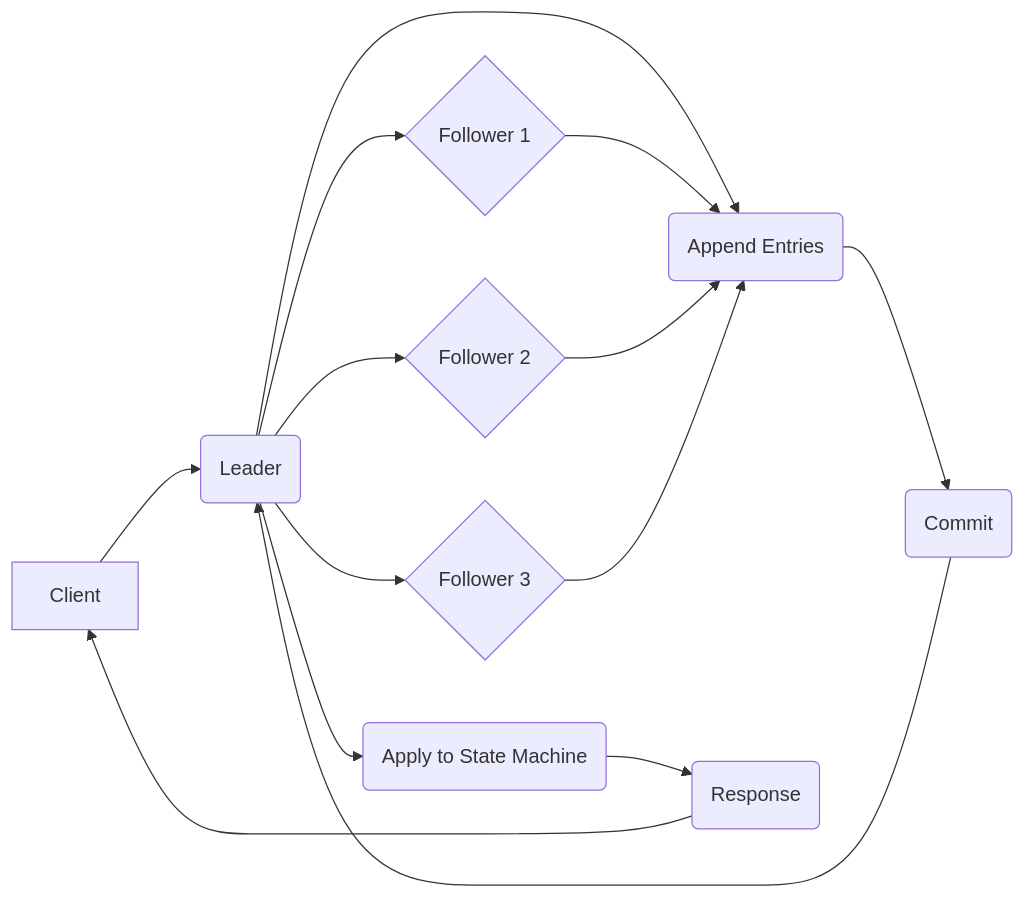
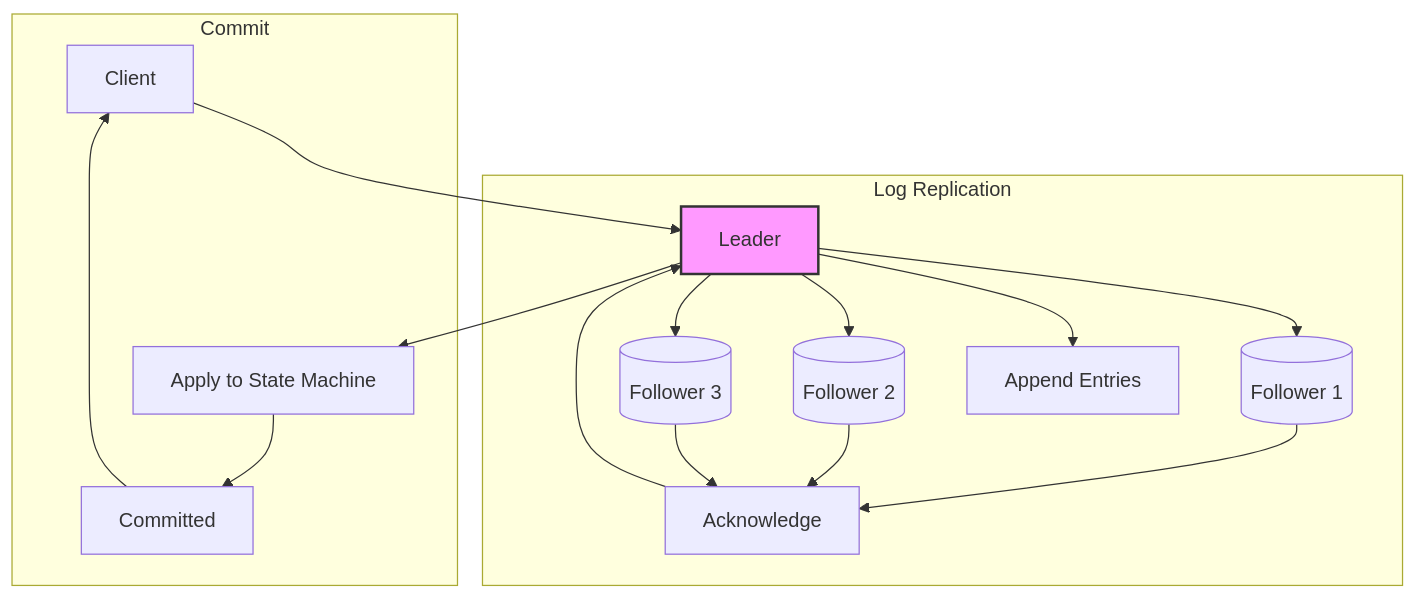
Before and after one commit to muthuspark/system-design: the second of 3 diagrams in posts/distributed-systems/distributed-consensus/index.qmd, drawn with Mermaid. The commit also changed other lines of this file and 302 other files, not shown here.

````diff
--- a/posts/distributed-systems/distributed-consensus/index.qmd
+++ b/posts/distributed-systems/distributed-consensus/index.qmd
@@ -60,16 +71,23 @@
 ```{mermaid}
-graph LR
-    A[Client] --> B(Leader);
-    B --> C{Follower 1};
-    B --> D{Follower 2};
-    B --> E{Follower 3};
-    B --> F(Append Entries);
-    C --> F;
-    D --> F;
-    E --> F;
-    F --> G(Commit);
-    G --> B;
-    B --> H(Apply to State Machine);
-    H --> I(Response);
-    I --> A;
+graph TB
+    A[Client] --> B[Leader]
+    B --> C[(Follower 1)]
+    B --> D[(Follower 2)]
+    B --> E[(Follower 3)]
+    
+    subgraph "Log Replication"
+        B --> F[Append Entries]
+        C --> G[Acknowledge]
+        D --> G
+        E --> G
+        G --> B
+    end
+    
+    subgraph "Commit"
+        B --> H[Apply to State Machine]
+        H --> I[Committed]
+        I --> A
+    end
+
+    style B fill:#f9f,stroke:#333,stroke-width:2px
 ```
````
